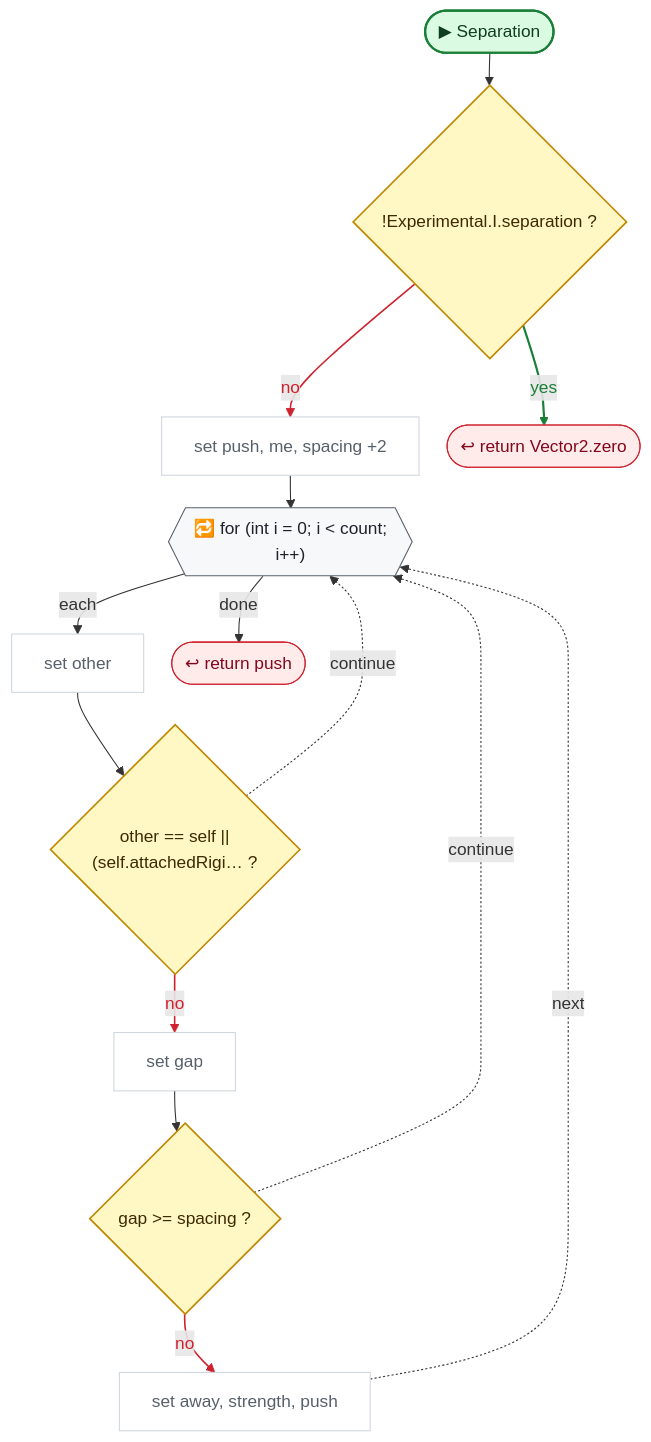
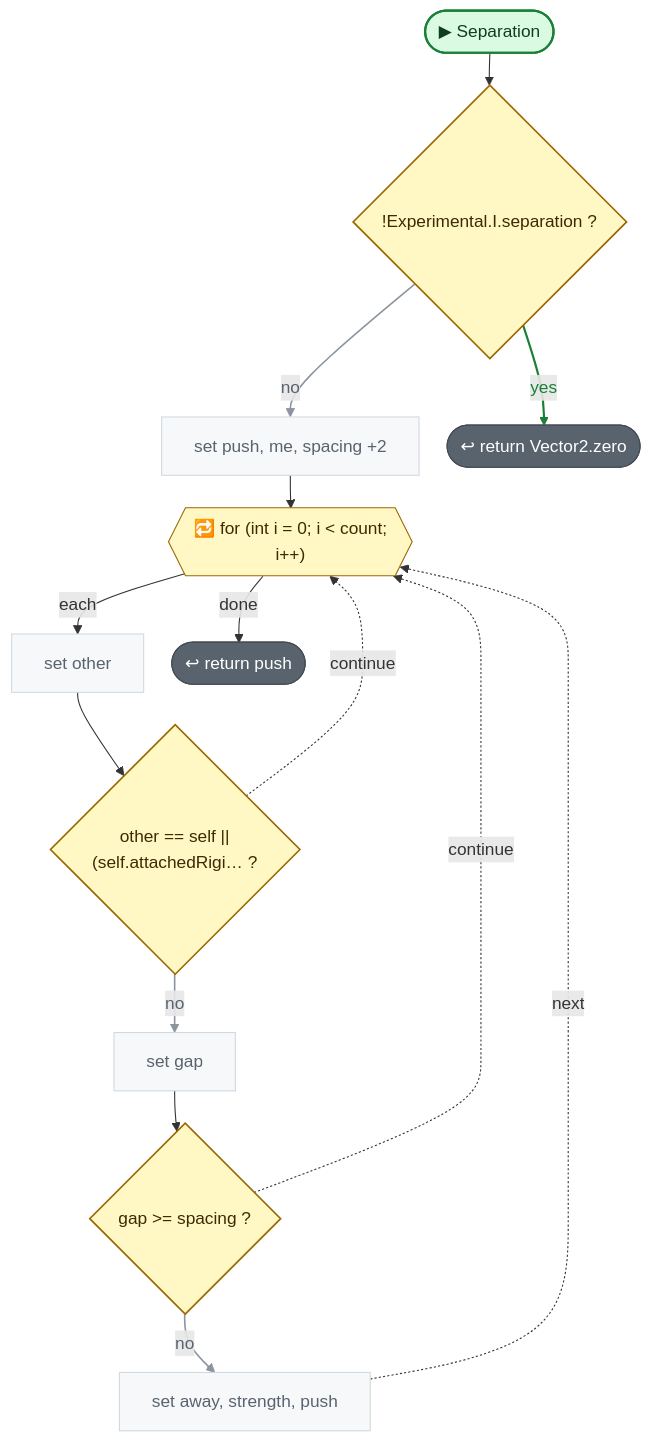
Before and after one commit to nataiai/Lord-of-the-Dungeon: diagram 14 of 14 in CodeGraph~/graph/AI/PathFinding.cs.md, drawn with Mermaid. The commit also changed other lines of this file and 57 other files, not shown here.

````diff
--- a/CodeGraph~/graph/AI/PathFinding.cs.md
+++ b/CodeGraph~/graph/AI/PathFinding.cs.md
@@ -869,57 +871,57 @@
 ```mermaid
 ---
 config:
   flowchart:
     wrappingWidth: 260
     nodeSpacing: 26
     rankSpacing: 30
 ---
 flowchart TD
   nS(["▶ Separation"])
   nd5f71e{"!Experimental.I.separation ?"}
   n437a07["set push, me, spacing +2"]
   n53e76b{{"🔁 for (int i = 0; i #60; count;<br>i++)"}}
   n8a9315["set other"]
   ne9c60b{"other == self #124;#124;<br>(self.attachedRigi… ?"}
   n0f3a6e["set gap"]
   n48cdbb{"gap #62;= spacing ?"}
   n61556e["set away, strength, push"]
   n7a68cd(["↩ return Vector2.zero"])
   naa1668(["↩ return push"])
   nS --> nd5f71e
   nd5f71e -->|no| n437a07
   nd5f71e -->|yes| n7a68cd
   n437a07 --> n53e76b
   n53e76b -->|each| n8a9315
   n8a9315 --> ne9c60b
   ne9c60b -.->|continue| n53e76b
   ne9c60b -->|no| n0f3a6e
   n0f3a6e --> n48cdbb
   n48cdbb -.->|continue| n53e76b
   n48cdbb -->|no| n61556e
   n61556e -.->|next| n53e76b
   n53e76b -->|done| naa1668
-  linkStyle 1 stroke:#cf222e,stroke-width:1.5px,color:#cf222e
+  linkStyle 1 stroke:#8c959f,stroke-width:1.5px,color:#59636e
   linkStyle 2 stroke:#1a7f37,stroke-width:2px,color:#1a7f37
-  linkStyle 7 stroke:#cf222e,stroke-width:1.5px,color:#cf222e
-  linkStyle 10 stroke:#cf222e,stroke-width:1.5px,color:#cf222e
+  linkStyle 7 stroke:#8c959f,stroke-width:1.5px,color:#59636e
+  linkStyle 10 stroke:#8c959f,stroke-width:1.5px,color:#59636e
   classDef unity fill:#dafbe1,stroke:#1a7f37,stroke-width:2px,color:#0f3d1d
   classDef start fill:#dafbe1,stroke:#1a7f37,stroke-width:2px,color:#0f3d1d
-  classDef calc fill:#ffffff,stroke:#d0d7de,color:#57606a
+  classDef calc fill:#f6f8fa,stroke:#d1d9e0,color:#59636e
   classDef calls fill:#ddf4ff,stroke:#0969da,stroke-width:2px,color:#0a3069
-  classDef ext fill:#ddf4ff,stroke:#0969da,stroke-width:2px,stroke-dasharray:5 3,color:#0a3069
-  classDef cond fill:#fff8c5,stroke:#bf8700,stroke-width:1.5px,color:#3d2a00
-  classDef loop fill:#f6f8fa,stroke:#57606a,color:#1f2328
-  classDef exit fill:#ffebe9,stroke:#cf222e,color:#82071e
+  classDef ext fill:#f6f8fa,stroke:#59636e,stroke-width:1.5px,stroke-dasharray:5 5,color:#1f2328
+  classDef cond fill:#fff8c5,stroke:#9a6700,stroke-width:1.5px,color:#3d2a00
+  classDef loop fill:#fff8c5,stroke:#9a6700,color:#3d2a00
+  classDef wait fill:#fff8c5,stroke:#9a6700,color:#3d2a00
+  classDef exit fill:#59636e,stroke:#424a53,color:#ffffff
+  classDef fin fill:#59636e,stroke:#424a53,color:#ffffff
+  classDef act fill:#ffffff,stroke:#59636e,stroke-width:1.5px,color:#1f2328
   classDef kill fill:#ffebe9,stroke:#cf222e,stroke-width:2px,color:#82071e
-  classDef spawn fill:#dafbe1,stroke:#1a7f37,stroke-width:2px,color:#0f3d1d
-  classDef wait fill:#fff1e5,stroke:#bc4c00,color:#4d1d00
-  classDef fin fill:#eaeef2,stroke:#8c959f,color:#57606a
   classDef join fill:#d0d7de,stroke:#8c959f,color:#57606a
   classDef ghdr fill:#f5f9ff,stroke:#f5f9ff,color:#0a3069,font-weight:bold
   class n437a07,n8a9315,n0f3a6e,n61556e calc
   class nd5f71e,ne9c60b,n48cdbb cond
   class n7a68cd,naa1668 exit
   class n53e76b loop
   class nS start
 ```
````
